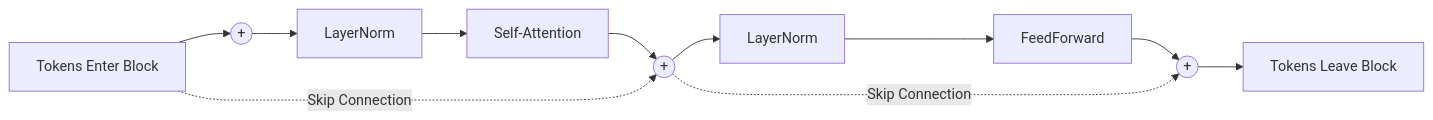
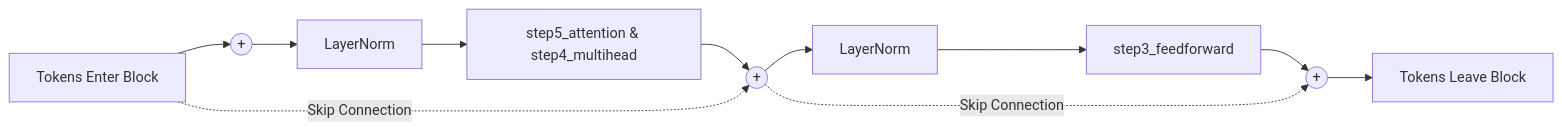
Before and after one commit to Rabbit-CollectiveScience/nano-gpt: the second of 3 diagrams in walkthrough.md, drawn with Mermaid. The commit also changed other lines of this file and 7 other files, not shown here.

Commit message:
revise the name to match the data flow

````diff
--- a/walkthrough.md
+++ b/walkthrough.md
@@ -23,22 +42,22 @@
 ```mermaid
 flowchart LR
     Start[Tokens Enter Block] --> Add1((+))
     
     %% Path A: Communications
     Add1 --> LN1[LayerNorm]
-    LN1 --> SA[Self-Attention]
+    LN1 --> SA[step5_attention & step4_multihead]
     SA --> Add2((+))
     
     %% Residual Math
     Start -.->|Skip Connection| Add2
     
     %% Path B: Computation
     Add2 --> LN2[LayerNorm]
-    LN2 --> FF[FeedForward]
+    LN2 --> FF[step3_feedforward]
     FF --> Add3((+))
     
     %% Residual Math
     Add2 -.->|Skip Connection| Add3
     
     Add3 --> Finish[Tokens Leave Block]
 ```
````
